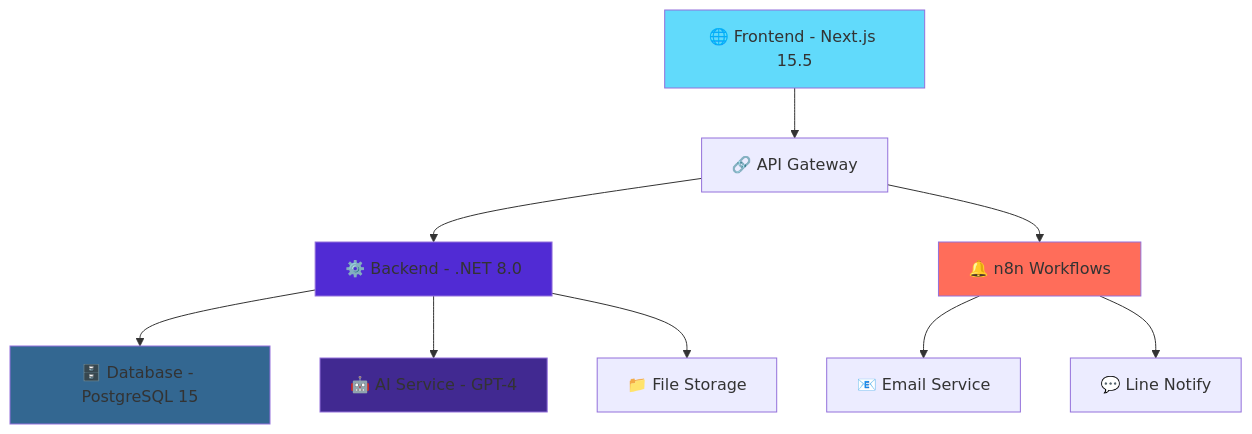
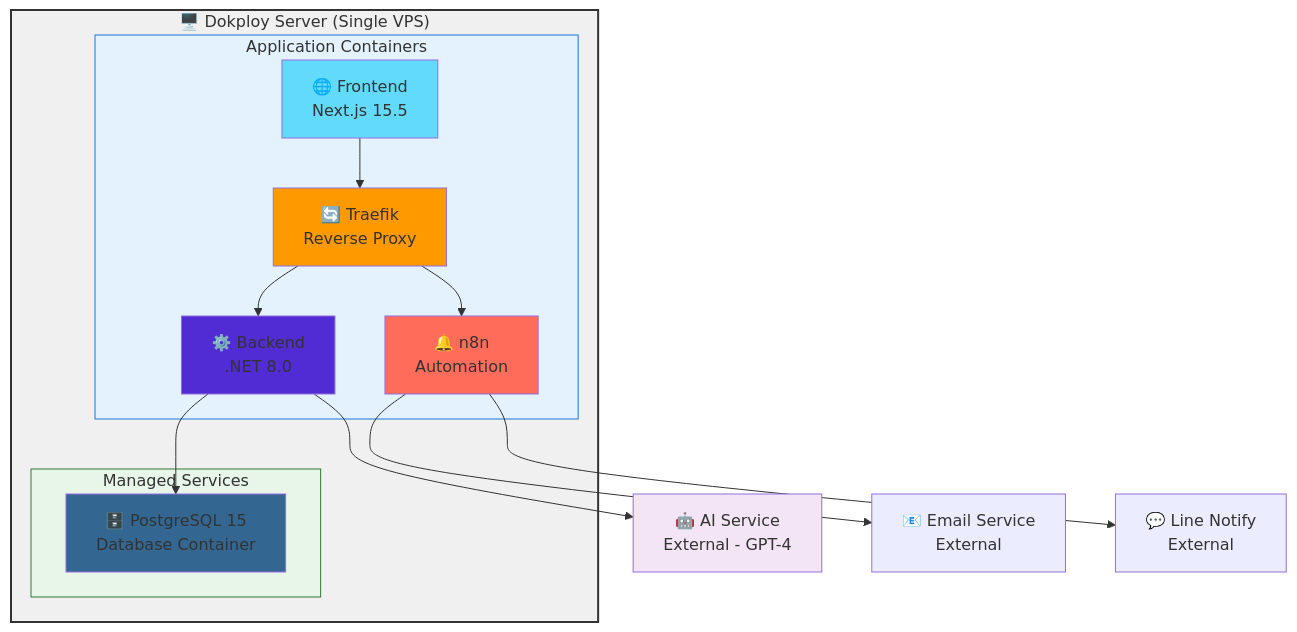
One commit to hamhapichai/SCH-KPRU changed the first of 2 diagrams in README.md. Above: the diagram before and after it, drawn with Mermaid.

````diff
--- a/README.md
+++ b/README.md
@@ -118,17 +118,37 @@
 ```mermaid
 graph TB
-    A[🌐 Frontend - Next.js 15.5] --> B[🔗 API Gateway]
-    B --> C[⚙️ Backend - .NET 8.0]
-    C --> D[🗄️ Database - PostgreSQL 15]
-    C --> E[🤖 AI Service - GPT-4]
-    C --> F[📁 File Storage]
-    B --> G[🔔 n8n Workflows]
-    G --> H[📧 Email Service]
-    G --> I[💬 Line Notify]
+    subgraph Dokploy["🖥️ Dokploy Server (Single VPS)"]
+        subgraph Services["Managed Services"]
+            D[🗄️ PostgreSQL 15<br/>Database Container]
+        end
+        
+        subgraph Applications["Application Containers"]
+            B[🔄 Traefik<br/>Reverse Proxy]
+            A[🌐 Frontend<br/>Next.js 15.5]
+            C[⚙️ Backend<br/>.NET 8.0]
+            F[🔔 n8n<br/>Automation]
+        end
+    end
     
+    E[🤖 AI Service<br/>External - GPT-4]
+    G[📧 Email Service<br/>External]
+    H[💬 Line Notify<br/>External]
+    
+    A --> B
+    B --> C
+    C --> D
+    C --> E
+    F --> G
+    F --> H
+    B --> F
+    
+    style Dokploy fill:#f0f0f0,stroke:#333,stroke-width:2px
+    style Services fill:#e8f5e9,stroke:#2e7d32
+    style Applications fill:#e3f2fd,stroke:#1976d2
     style A fill:#61dafb
+    style B fill:#ff9900
     style C fill:#512bd4
     style D fill:#336791
-    style E fill:#412991
-    style G fill:#ff6d5a
+    style E fill:#f3e5f5
+    style F fill:#ff6d5a
 ```
````
